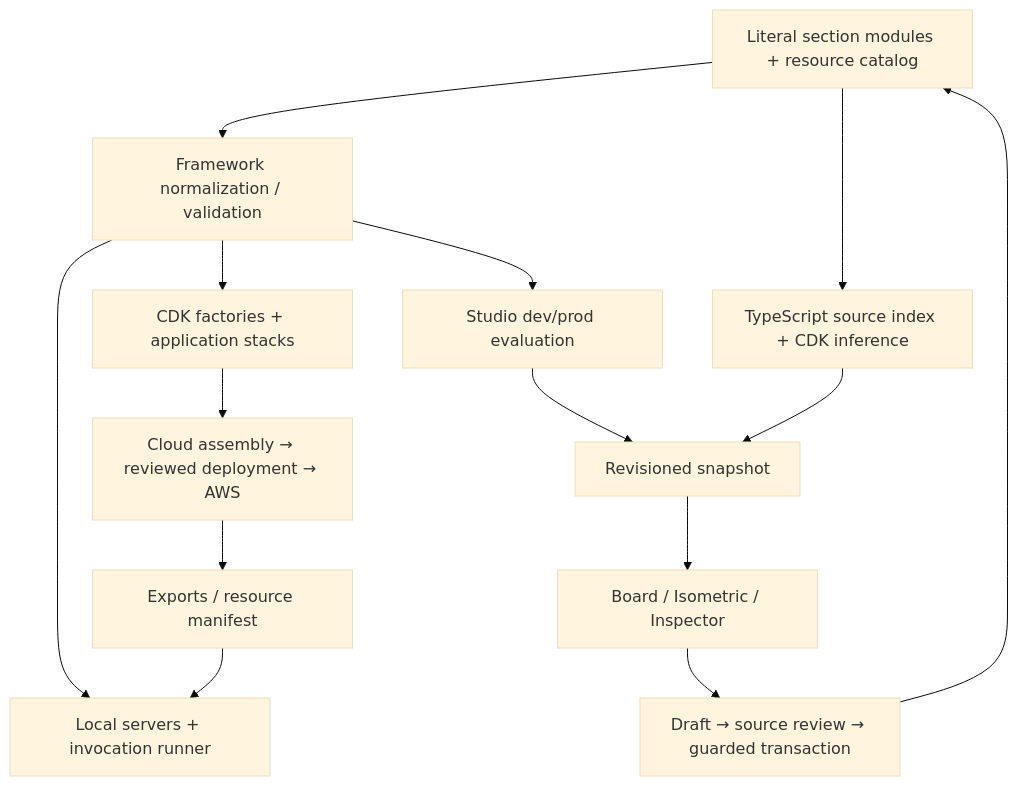
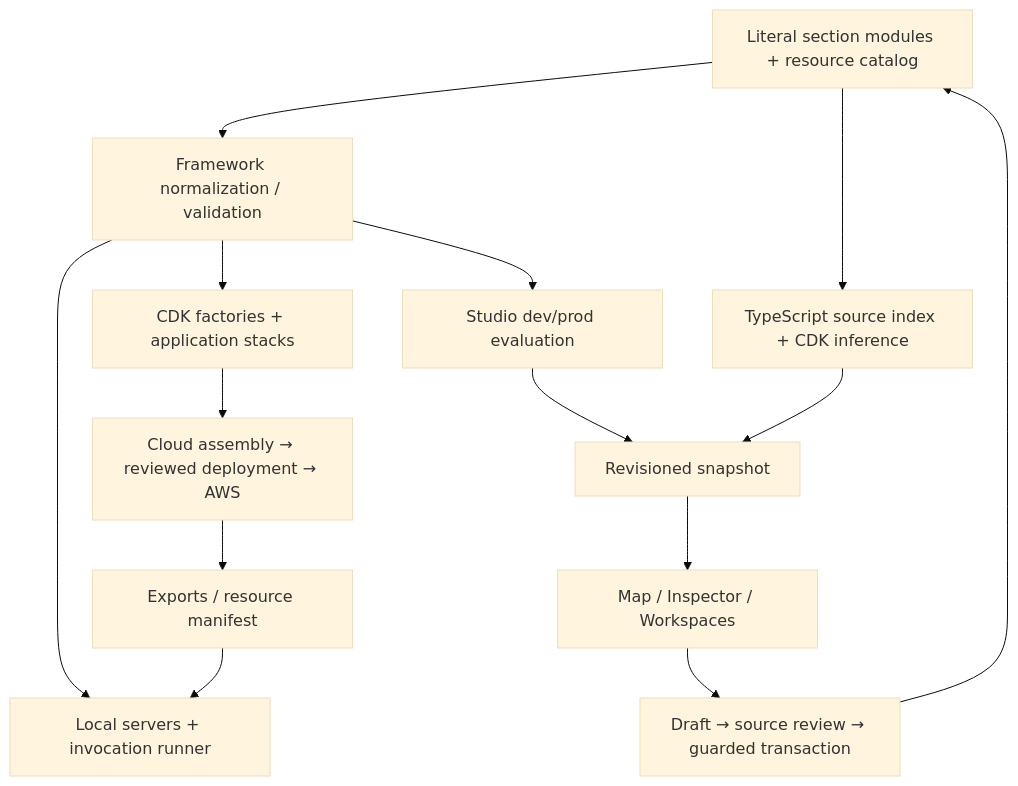
The diagram in docs/aws-studio-knowledge/ARCHITECTURE-MAP.md (drmatt13/matts-aws-framework), drawn with Mermaid (base theme) before and after one commit. The commit also changed other lines of this file and 152 other files, not shown here.

````diff
--- a/docs/aws-studio-knowledge/ARCHITECTURE-MAP.md
+++ b/docs/aws-studio-knowledge/ARCHITECTURE-MAP.md
@@ -17,16 +21,16 @@
 ```mermaid
 flowchart TD
   A[Literal section modules + resource catalog] --> B[Framework normalization / validation]
   B --> C[CDK factories + application stacks]
   C --> D[Cloud assembly → reviewed deployment → AWS]
   B --> E[Local servers + invocation runner]
   B --> F[Studio dev/prod evaluation]
   A --> G[TypeScript source index + CDK inference]
   F --> H[Revisioned snapshot]
   G --> H
-  H --> I[Board / Isometric / Inspector]
+  H --> I[Map / Inspector / Workspaces]
   I --> J[Draft → source review → guarded transaction]
   J --> A
   D --> K[Exports / resource manifest]
   K --> E
 ```
````
